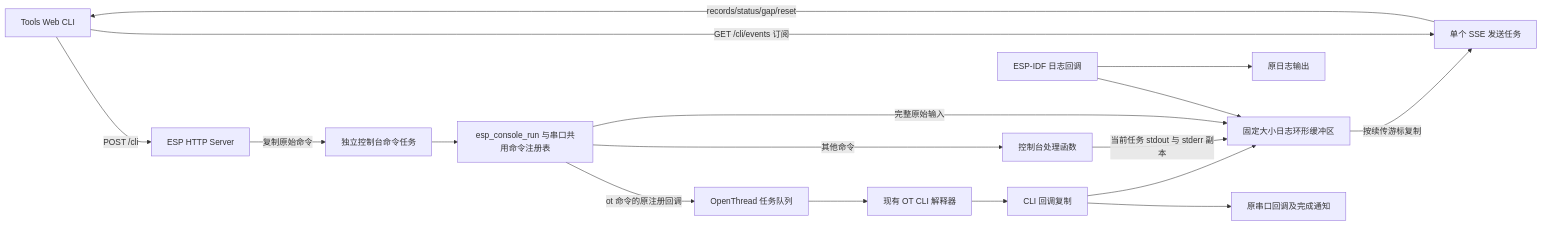
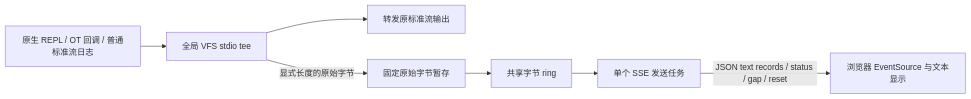
Before and after one commit to Siflorite/esp-thread-br: the second of 2 diagrams in docs/webui-web-cli.md, drawn with Mermaid. The commit also changed other lines of this file and 17 other files, not shown here.

````diff
--- a/docs/webui-web-cli.md
+++ b/docs/webui-web-cli.md
@@ -52,19 +54,9 @@
 ```mermaid
 flowchart LR
-    UI[Tools Web CLI] -->|POST /cli| HTTP[ESP HTTP Server]
-    HTTP -->|复制原始命令| Worker[独立控制台命令任务]
-    Worker --> Run[esp_console_run 与串口共用命令注册表]
-    Run -->|ot 命令的原注册回调| Queue[OpenThread 任务队列]
-    Run -->|其他命令| Handler[控制台处理函数]
-    Handler -->|当前任务 stdout 与 stderr 副本| Ring
-    Run -->|完整原始输入| Ring
-    Queue --> Interpreter[现有 OT CLI 解释器]
-    Interpreter --> Tee[CLI 回调复制]
-    Tee --> Serial[原串口回调及完成通知]
-    Tee --> Ring[固定大小日志环形缓冲区]
-    Log[ESP-IDF 日志回调] --> Ring
-    Log --> Console[原日志输出]
-    UI -->|GET /cli/events 订阅| SSE[单个 SSE 发送任务]
-    Ring -->|按续传游标复制| SSE
-    SSE -->|records/status/gap/reset| UI
+    Producers[原生 REPL / OT 回调 / 普通标准流日志] --> Tee[全局 VFS stdio tee]
+    Tee --> Original[转发原标准流输出]
+    Tee -->|显式长度的原始字节| Pending[固定原始字节暂存]
+    Pending --> Ring[共享字节 ring]
+    Ring --> SSE[单个 SSE 发送任务]
+    SSE -->|JSON text records / status / gap / reset| UI[浏览器 EventSource 与文本显示]
 ```
````
